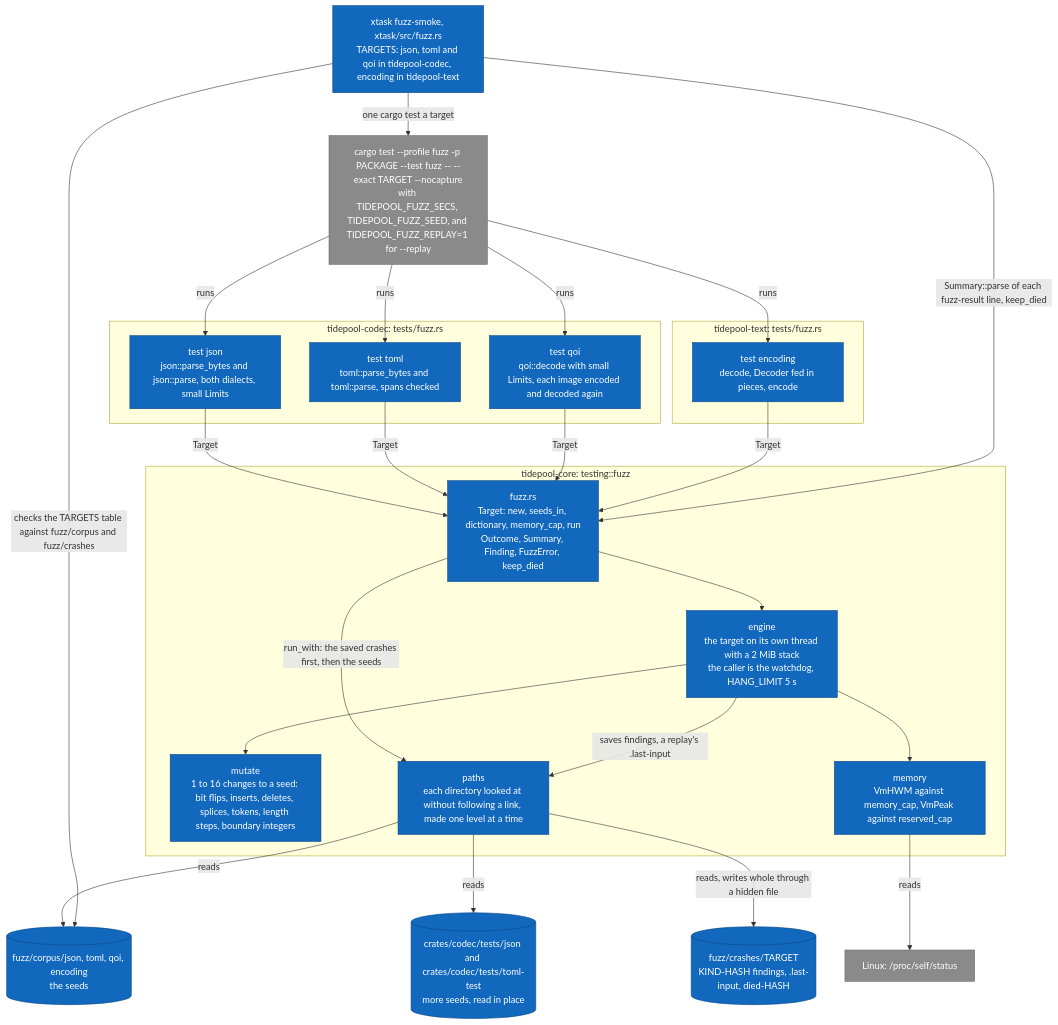
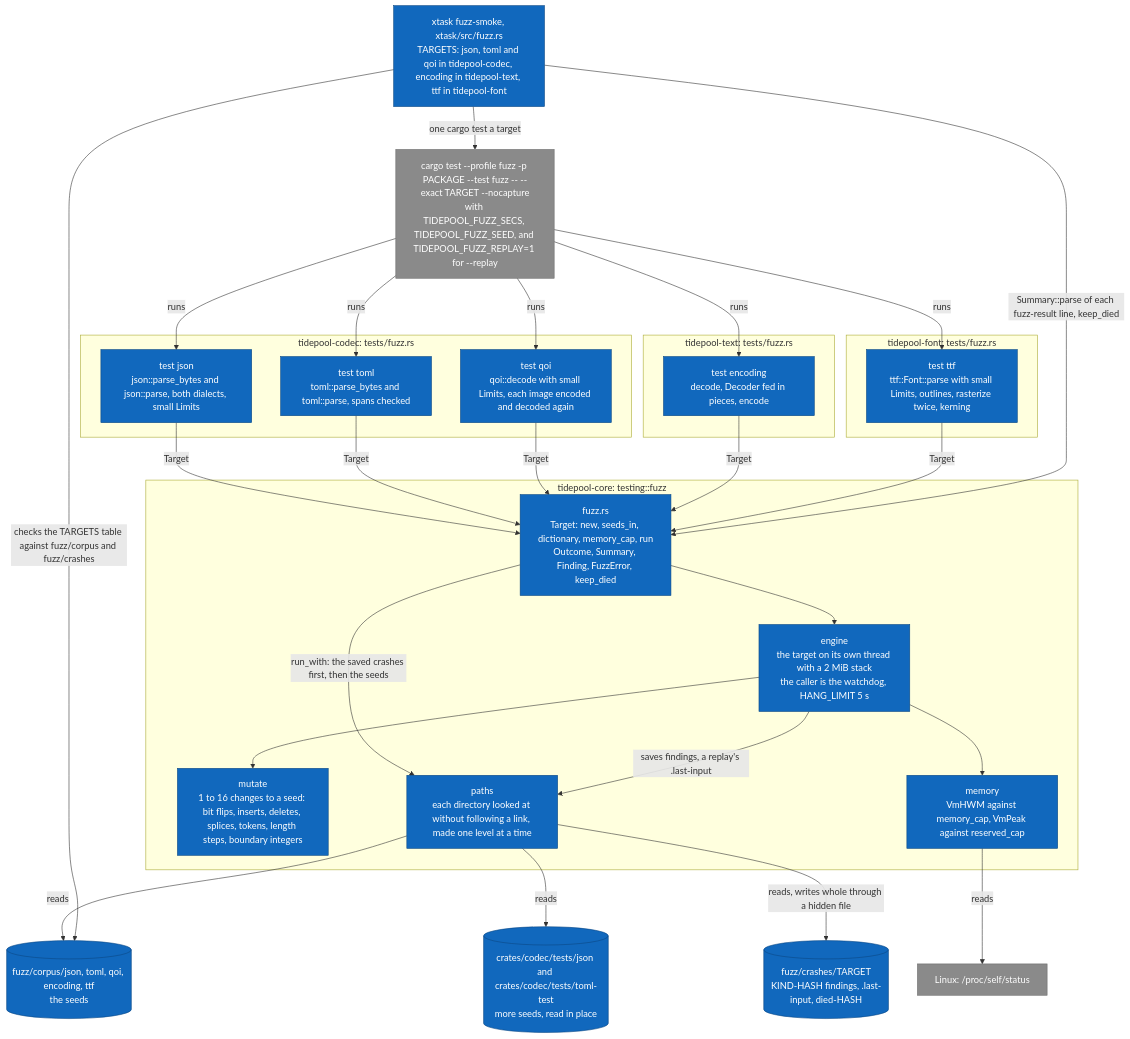
Before and after one commit to jabbott-iii/Tidepool: diagram 15 of 17 in diagrams/c4-architecture.md, drawn with Mermaid. The commit also changed other lines of this file and 66 other files, not shown here.

````diff
--- a/diagrams/c4-architecture.md
+++ b/diagrams/c4-architecture.md
@@ -812,52 +816,57 @@
 ```mermaid
 flowchart TB
-    c_smoke["xtask fuzz-smoke, xtask/src/fuzz.rs<br/>TARGETS: json, toml and qoi in tidepool-codec, encoding in tidepool-text"]
+    c_smoke["xtask fuzz-smoke, xtask/src/fuzz.rs<br/>TARGETS: json, toml and qoi in tidepool-codec, encoding in tidepool-text, ttf in tidepool-font"]
     e_cargo["cargo test --profile fuzz -p PACKAGE --test fuzz -- --exact TARGET --nocapture<br/>with TIDEPOOL_FUZZ_SECS, TIDEPOOL_FUZZ_SEED, and TIDEPOOL_FUZZ_REPLAY=1 for --replay"]
     subgraph b_codec["tidepool-codec: tests/fuzz.rs"]
         t_json["test json<br/>json::parse_bytes and json::parse, both dialects, small Limits"]
         t_toml["test toml<br/>toml::parse_bytes and toml::parse, spans checked"]
         t_qoi["test qoi<br/>qoi::decode with small Limits, each image encoded and decoded again"]
     end
     subgraph b_text["tidepool-text: tests/fuzz.rs"]
         t_enc["test encoding<br/>decode, Decoder fed in pieces, encode"]
     end
+    subgraph b_font["tidepool-font: tests/fuzz.rs"]
+        t_ttf["test ttf<br/>ttf::Font::parse with small Limits, outlines, rasterize twice, kerning"]
+    end
     subgraph b_fuzz["tidepool-core: testing::fuzz"]
         f_api["fuzz.rs<br/>Target: new, seeds_in, dictionary, memory_cap, run<br/>Outcome, Summary, Finding, FuzzError, keep_died"]
         f_engine["engine<br/>the target on its own thread with a 2 MiB stack<br/>the caller is the watchdog, HANG_LIMIT 5 s"]
         f_mutate["mutate<br/>1 to 16 changes to a seed: bit flips, inserts, deletes, splices, tokens, length steps, boundary integers"]
         f_memory["memory<br/>VmHWM against memory_cap, VmPeak against reserved_cap"]
         f_paths["paths<br/>each directory looked at without following a link, made one level at a time"]
     end
-    s_corpus[("fuzz/corpus/json, toml, qoi, encoding<br/>the seeds")]
+    s_corpus[("fuzz/corpus/json, toml, qoi, encoding, ttf<br/>the seeds")]
     s_inplace[("crates/codec/tests/json and crates/codec/tests/toml-test<br/>more seeds, read in place")]
     s_crashes[("fuzz/crashes/TARGET<br/>KIND-HASH findings, .last-input, died-HASH")]
     e_proc["Linux: /proc/self/status"]
 
     c_smoke -->|"one cargo test a target"| e_cargo
     e_cargo -->|"runs"| t_json
     e_cargo -->|"runs"| t_toml
     e_cargo -->|"runs"| t_qoi
     e_cargo -->|"runs"| t_enc
+    e_cargo -->|"runs"| t_ttf
     t_json -->|"Target"| f_api
     t_toml -->|"Target"| f_api
     t_qoi -->|"Target"| f_api
     t_enc -->|"Target"| f_api
+    t_ttf -->|"Target"| f_api
     f_api -->|"run_with: the saved crashes first, then the seeds"| f_paths
     f_api --> f_engine
     f_engine --> f_mutate
     f_engine --> f_memory
     f_engine -->|"saves findings, a replay's .last-input"| f_paths
     f_paths -->|"reads"| s_corpus
     f_paths -->|"reads"| s_inplace
     f_paths -->|"reads, writes whole through a hidden file"| s_crashes
     f_memory -->|"reads"| e_proc
     c_smoke -->|"Summary::parse of each fuzz-result line, keep_died"| f_api
     c_smoke -->|"checks the TARGETS table against fuzz/corpus and fuzz/crashes"| s_corpus
 
     classDef built fill:#1168bd,stroke:#0b4884,color:#ffffff
     classDef external fill:#8a8a8a,stroke:#6b6b6b,color:#ffffff
     classDef store fill:#1168bd,stroke:#0b4884,color:#ffffff
-    class c_smoke,t_json,t_toml,t_qoi,t_enc,f_api,f_engine,f_mutate,f_memory,f_paths built
+    class c_smoke,t_json,t_toml,t_qoi,t_enc,t_ttf,f_api,f_engine,f_mutate,f_memory,f_paths built
     class s_corpus,s_inplace,s_crashes store
     class e_cargo,e_proc external
 ```
````
